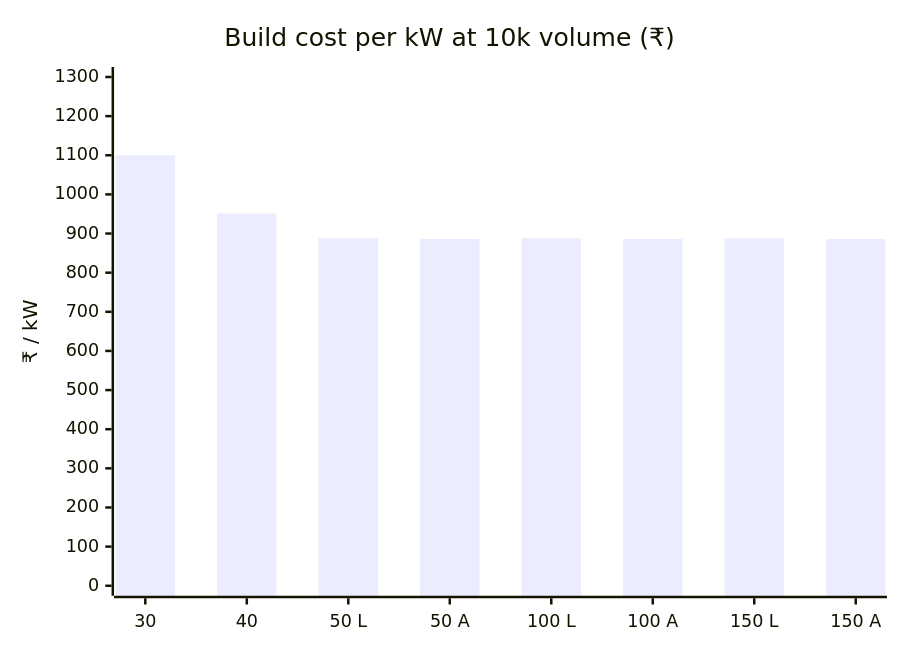
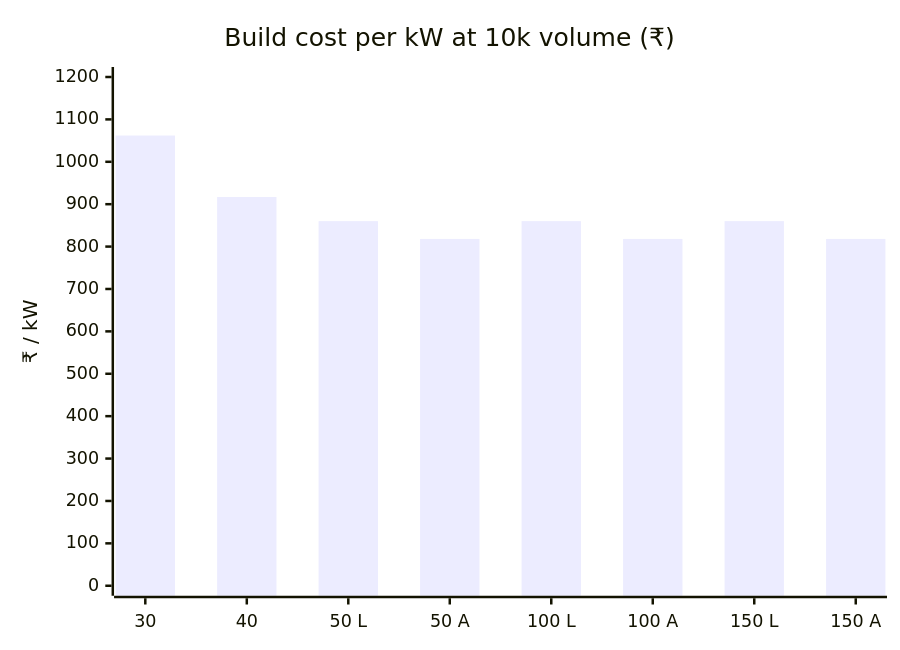
The diagram in docs/bom-cost.md (vectivolt/DC-Modules), drawn with Mermaid before and after one commit. The commit also changed other lines of this file and 143 other files, not shown here.

````diff
--- a/docs/bom-cost.md
+++ b/docs/bom-cost.md
@@ -41,7 +41,7 @@
 ```mermaid
 xychart-beta
   title "Build cost per kW at 10k volume (₹)"
   x-axis ["30", "40", "50 L", "50 A", "100 L", "100 A", "150 L", "150 A"]
-  y-axis "₹ / kW" 0 --> 1300
-  bar [1100, 951, 888, 886, 888, 886, 888, 886]
+  y-axis "₹ / kW" 0 --> 1200
+  bar [1062, 917, 860, 818, 860, 818, 860, 818]
 ```
````
